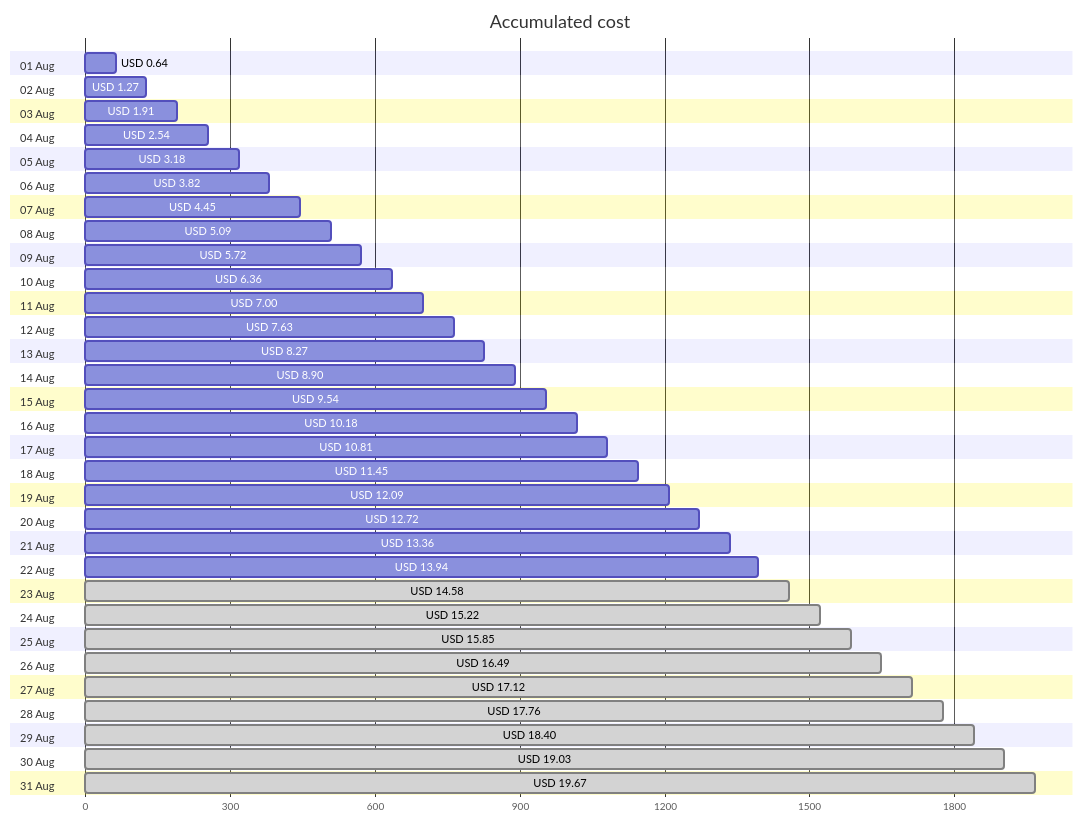
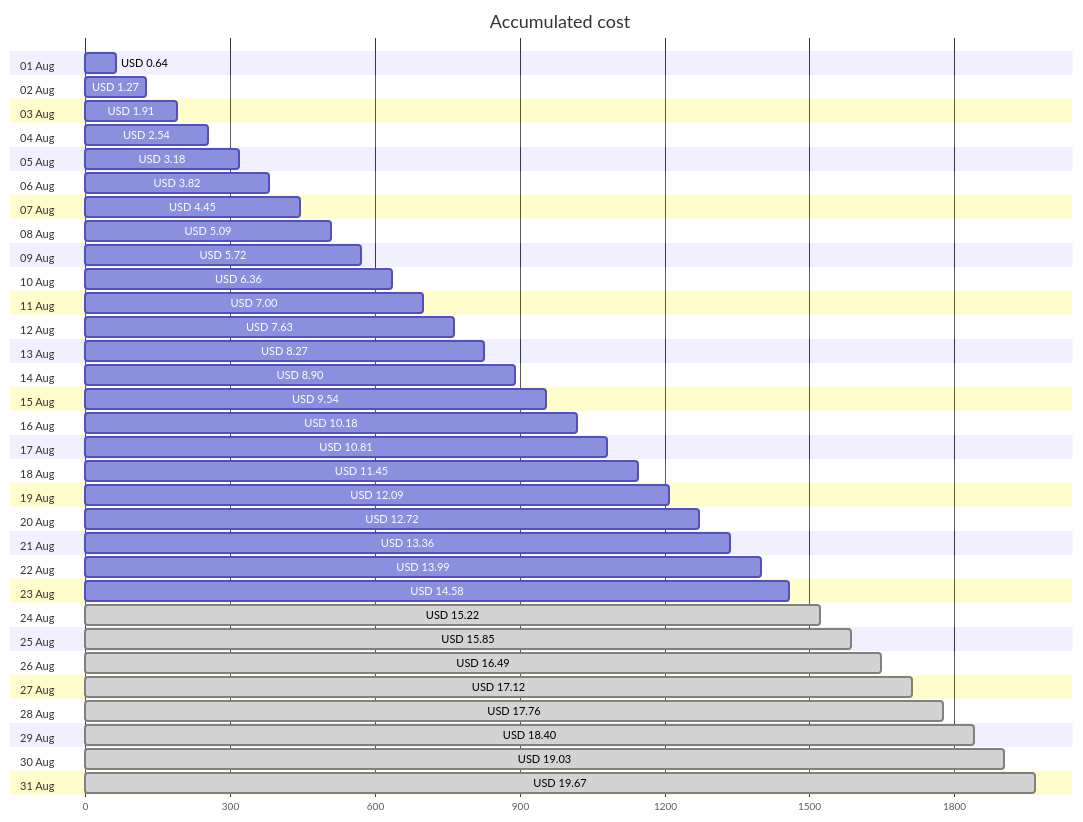
Before and after one commit to jpfulton/azure-personal-reports: the first of 4 diagrams in cost-reports/accumulated-cost.md, drawn with Mermaid. The commit also changed other lines of this file and 4 other files, not shown here.

````diff
--- a/cost-reports/accumulated-cost.md
+++ b/cost-reports/accumulated-cost.md
@@ -20,68 +20,68 @@
 ```mermaid
 gantt
    title Accumulated cost
    dateFormat  X
    axisFormat %s
    section 01 Aug
    USD 0.64 :0, 64
    section 02 Aug
    USD 1.27 :0, 127
    section 03 Aug
    USD 1.91 :0, 191
    section 04 Aug
    USD 2.54 :0, 254
    section 05 Aug
    USD 3.18 :0, 318
    section 06 Aug
    USD 3.82 :0, 382
    section 07 Aug
    USD 4.45 :0, 445
    section 08 Aug
    USD 5.09 :0, 509
    section 09 Aug
    USD 5.72 :0, 572
    section 10 Aug
    USD 6.36 :0, 636
    section 11 Aug
    USD 7.00 :0, 700
    section 12 Aug
    USD 7.63 :0, 763
    section 13 Aug
    USD 8.27 :0, 827
    section 14 Aug
    USD 8.90 :0, 890
    section 15 Aug
    USD 9.54 :0, 954
    section 16 Aug
    USD 10.18 :0, 1018
    section 17 Aug
    USD 10.81 :0, 1081
    section 18 Aug
    USD 11.45 :0, 1145
    section 19 Aug
    USD 12.09 :0, 1209
    section 20 Aug
    USD 12.72 :0, 1272
    section 21 Aug
    USD 13.36 :0, 1336
    section 22 Aug
-   USD 13.94 :0, 1394
+   USD 13.99 :0, 1399
    section 23 Aug
-   USD 14.58 : done, 0, 1458
+   USD 14.58 :0, 1458
    section 24 Aug
    USD 15.22 : done, 0, 1522
    section 25 Aug
    USD 15.85 : done, 0, 1585
    section 26 Aug
    USD 16.49 : done, 0, 1649
    section 27 Aug
    USD 17.12 : done, 0, 1712
    section 28 Aug
    USD 17.76 : done, 0, 1776
    section 29 Aug
    USD 18.40 : done, 0, 1840
    section 30 Aug
    USD 19.03 : done, 0, 1903
    section 31 Aug
    USD 19.67 : done, 0, 1967
 ```
````
